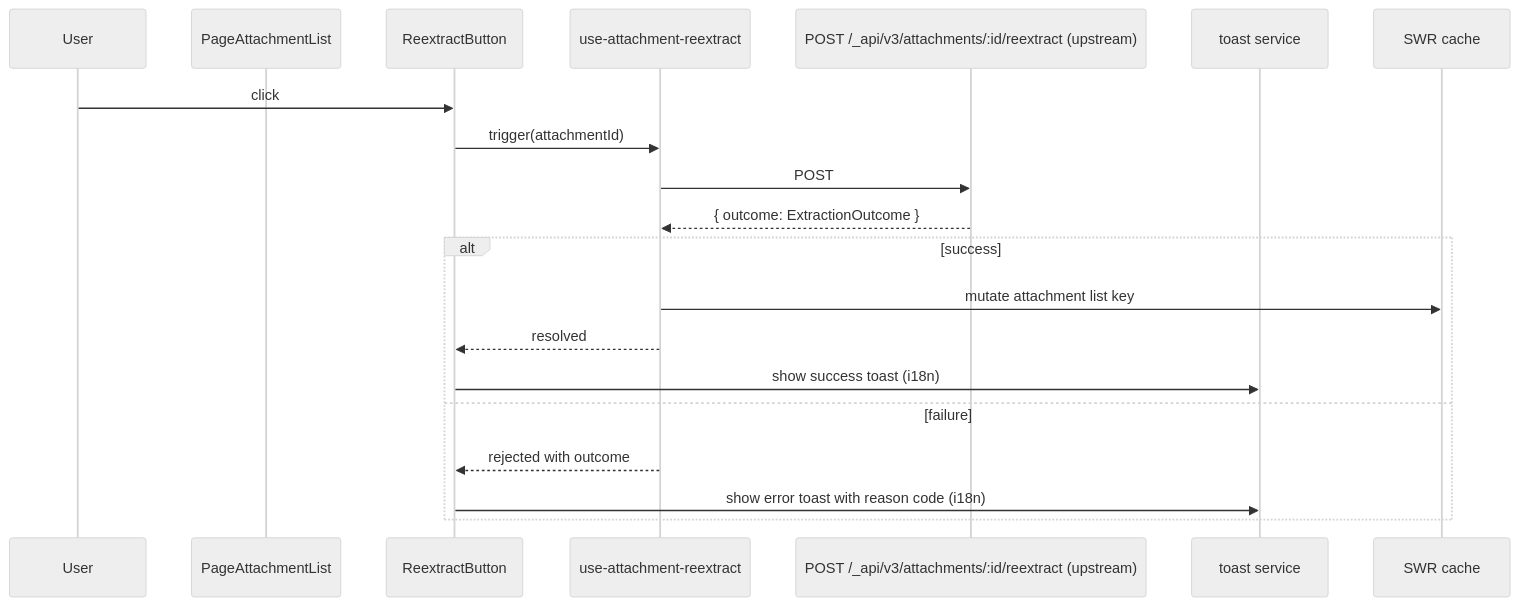
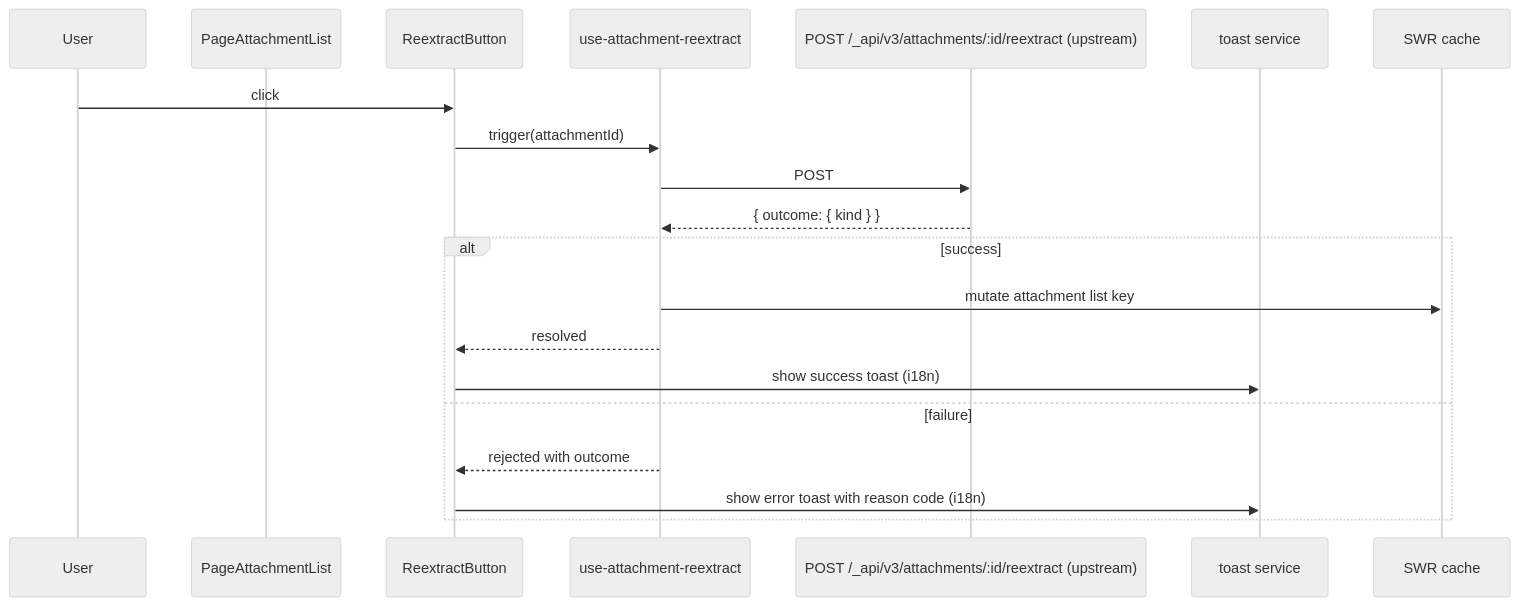
Before and after one commit to growilabs/growi: the third of 4 diagrams in .kiro/specs/attachment-search-ui/design.md, drawn with Mermaid (neutral theme). The commit also changed other lines of this file and 3 other files, not shown here.

````diff
--- a/.kiro/specs/attachment-search-ui/design.md
+++ b/.kiro/specs/attachment-search-ui/design.md
@@ -276,23 +276,23 @@
 ```mermaid
 sequenceDiagram
     participant User
     participant AttList as PageAttachmentList
     participant ReBtn as ReextractButton
     participant Hook as use-attachment-reextract
     participant API as POST /_api/v3/attachments/:id/reextract (upstream)
     participant Toast as toast service
     participant SWRCache as SWR cache
 
     User->>ReBtn: click
     ReBtn->>Hook: trigger(attachmentId)
     Hook->>API: POST
-    API-->>Hook: { outcome: ExtractionOutcome }
+    API-->>Hook: { outcome: { kind } }
     alt success
         Hook->>SWRCache: mutate attachment list key
         Hook-->>ReBtn: resolved
         ReBtn->>Toast: show success toast (i18n)
     else failure
         Hook-->>ReBtn: rejected with outcome
         ReBtn->>Toast: show error toast with reason code (i18n)
     end
 ```
````
